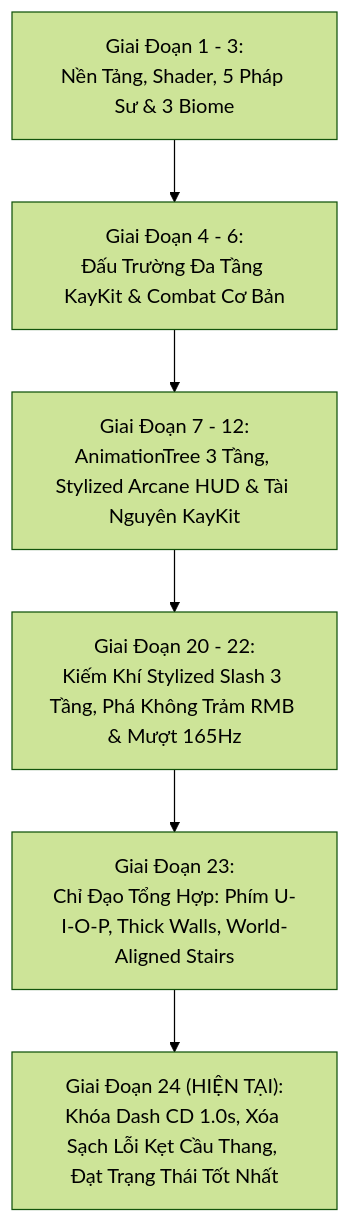
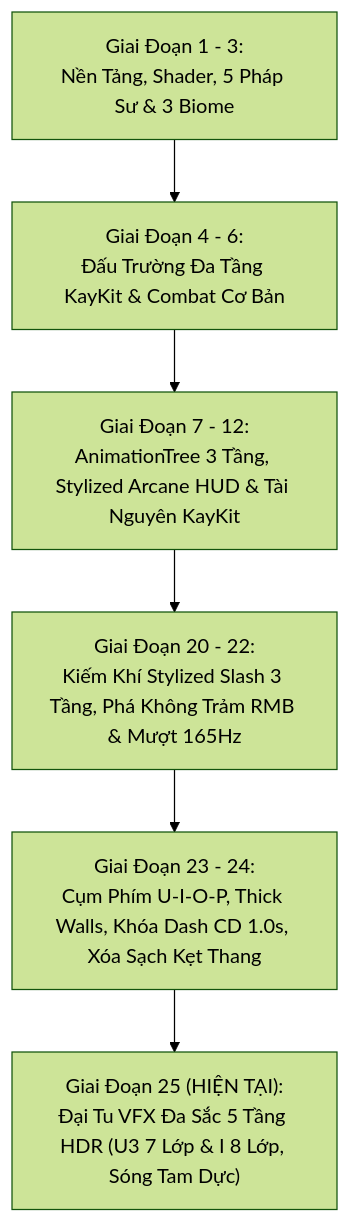
Before and after one commit to NhutPham19/GameWizad: the diagram in docs/BAO_CAO_TIEN_DO_DU_AN_GAMEWIZAD.md, drawn with Mermaid (forest theme). The commit also changed other lines of this file and 1 other file, not shown here.

````diff
--- a/docs/BAO_CAO_TIEN_DO_DU_AN_GAMEWIZAD.md
+++ b/docs/BAO_CAO_TIEN_DO_DU_AN_GAMEWIZAD.md
@@ -45,8 +47,8 @@
 ```mermaid
 flowchart TD
     A["Giai Đoạn 1 - 3:<br/>Nền Tảng, Shader, 5 Pháp Sư & 3 Biome"] --> B["Giai Đoạn 4 - 6:<br/>Đấu Trường Đa Tầng KayKit & Combat Cơ Bản"]
     B --> C["Giai Đoạn 7 - 12:<br/>AnimationTree 3 Tầng, Stylized Arcane HUD & Tài Nguyên KayKit"]
     C --> D["Giai Đoạn 20 - 22:<br/>Kiếm Khí Stylized Slash 3 Tầng, Phá Không Trảm RMB & Mượt 165Hz"]
-    D --> E["Giai Đoạn 23:<br/>Chỉ Đạo Tổng Hợp: Phím U-I-O-P, Thick Walls, World-Aligned Stairs"]
-    E --> F["Giai Đoạn 24 (HIỆN TẠI):<br/>Khóa Dash CD 1.0s, Xóa Sạch Lỗi Kẹt Cầu Thang, Đạt Trạng Thái Tốt Nhất"]
+    D --> E["Giai Đoạn 23 - 24:<br/>Cụm Phím U-I-O-P, Thick Walls, Khóa Dash CD 1.0s, Xóa Sạch Kẹt Thang"]
+    E --> F["Giai Đoạn 25 (HIỆN TẠI):<br/>Đại Tu VFX Đa Sắc 5 Tầng HDR (U3 7 Lớp & I 8 Lớp, Sóng Tam Dực)"]
 ```
````
